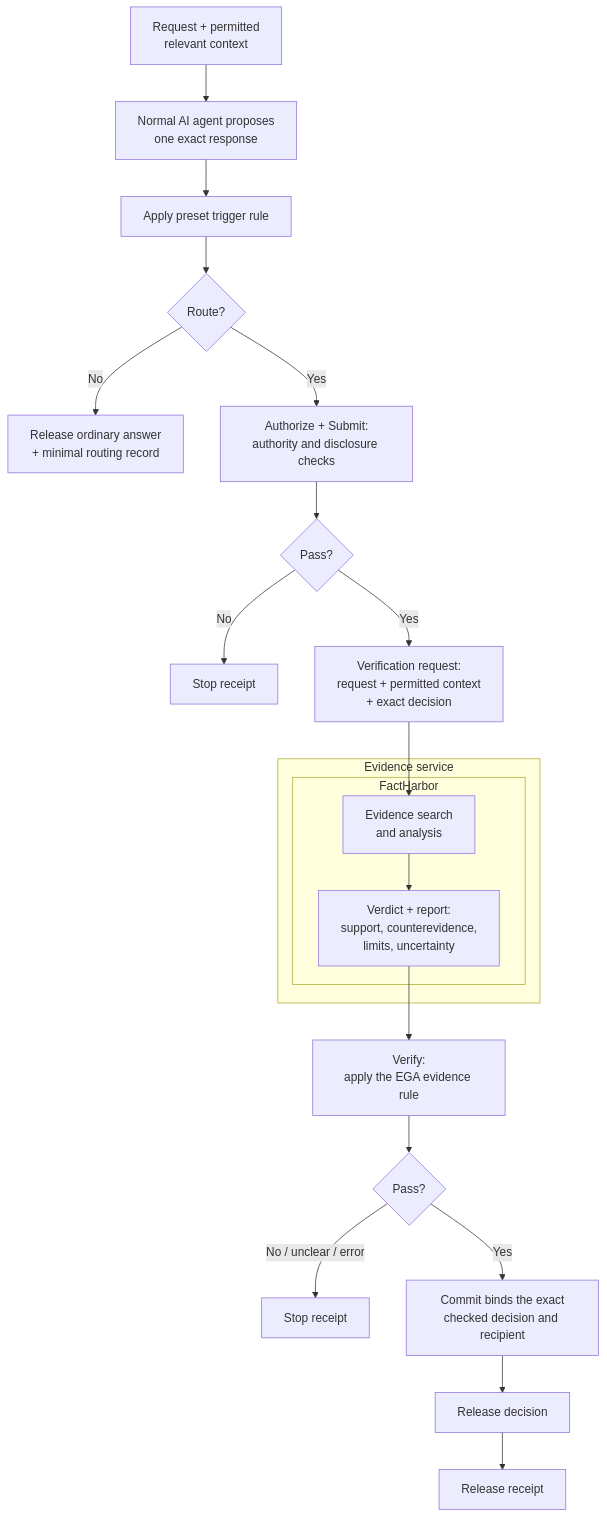
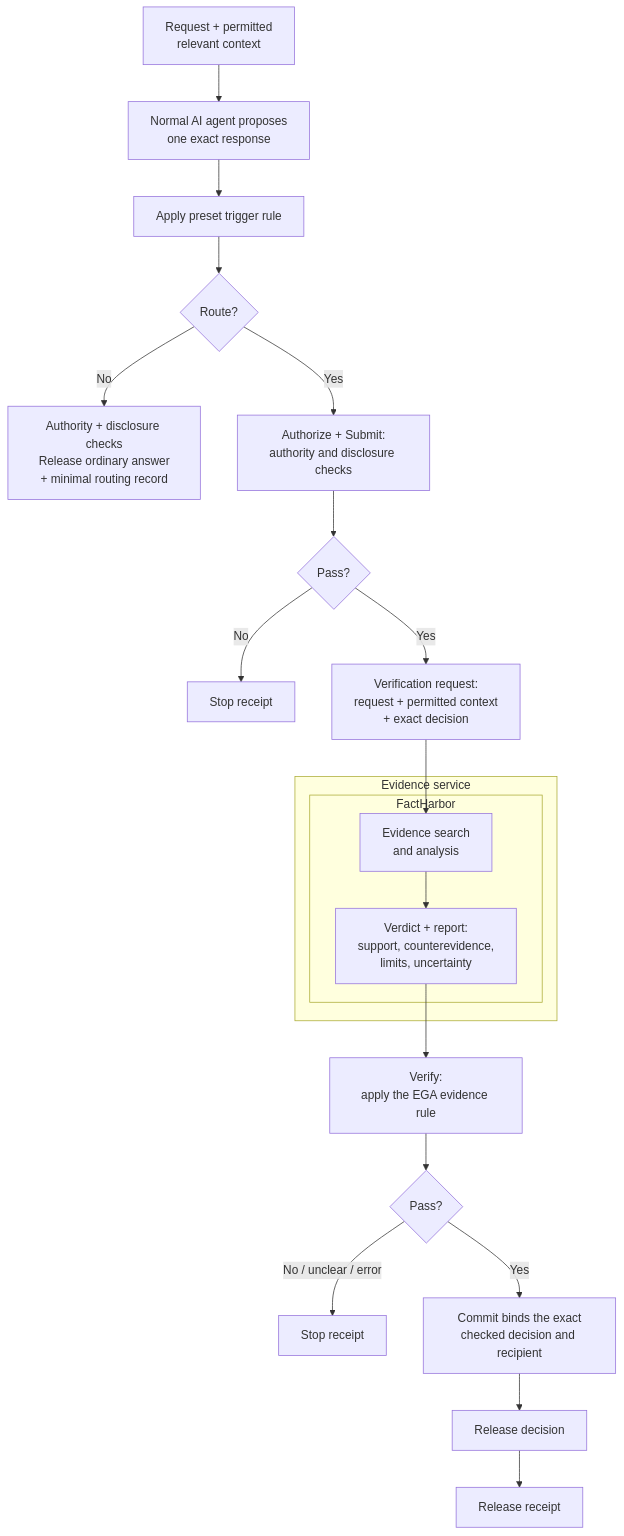
The second of 2 diagrams in docs/Assurance/Concepts/evidence-gated-agents.md (robertschaub/our-ai-charter), drawn with Mermaid before and after one commit. The commit also changed other lines of this file and 10 other files, not shown here.

````diff
--- a/docs/Assurance/Concepts/evidence-gated-agents.md
+++ b/docs/Assurance/Concepts/evidence-gated-agents.md
@@ -92,23 +148,23 @@
 ```mermaid
 flowchart TD
     U["Request + permitted<br/>relevant context"] --> A["Normal AI agent proposes<br/>one exact response"]
     A --> T["Apply preset trigger rule"]
     T --> R{"Route?"}
-    R -->|No| OA["Release ordinary answer<br/>+ minimal routing record"]
+    R -->|No| OA["Authority + disclosure checks<br/>Release ordinary answer<br/>+ minimal routing record"]
     R -->|Yes| PRE["Authorize + Submit:<br/>authority and disclosure checks"]
     PRE --> P{"Pass?"}
     P -->|No| N1["Stop receipt"]
     P -->|Yes| Q["Verification request:<br/>request + permitted context<br/>+ exact decision"]
     subgraph ES["Evidence service"]
         subgraph FH["FactHarbor"]
             F["Evidence search<br/>and analysis"] --> FR["Verdict + report:<br/>support, counterevidence,<br/>limits, uncertainty"]
         end
     end
     Q --> F
     FR --> V["Verify:<br/>apply the EGA evidence rule"]
     V --> D{"Pass?"}
     D -->|No / unclear / error| N2["Stop receipt"]
     D -->|Yes| C["Commit binds the exact<br/>checked decision and recipient"]
     C --> O["Release decision"]
     O --> RR["Release receipt"]
 ```
````
